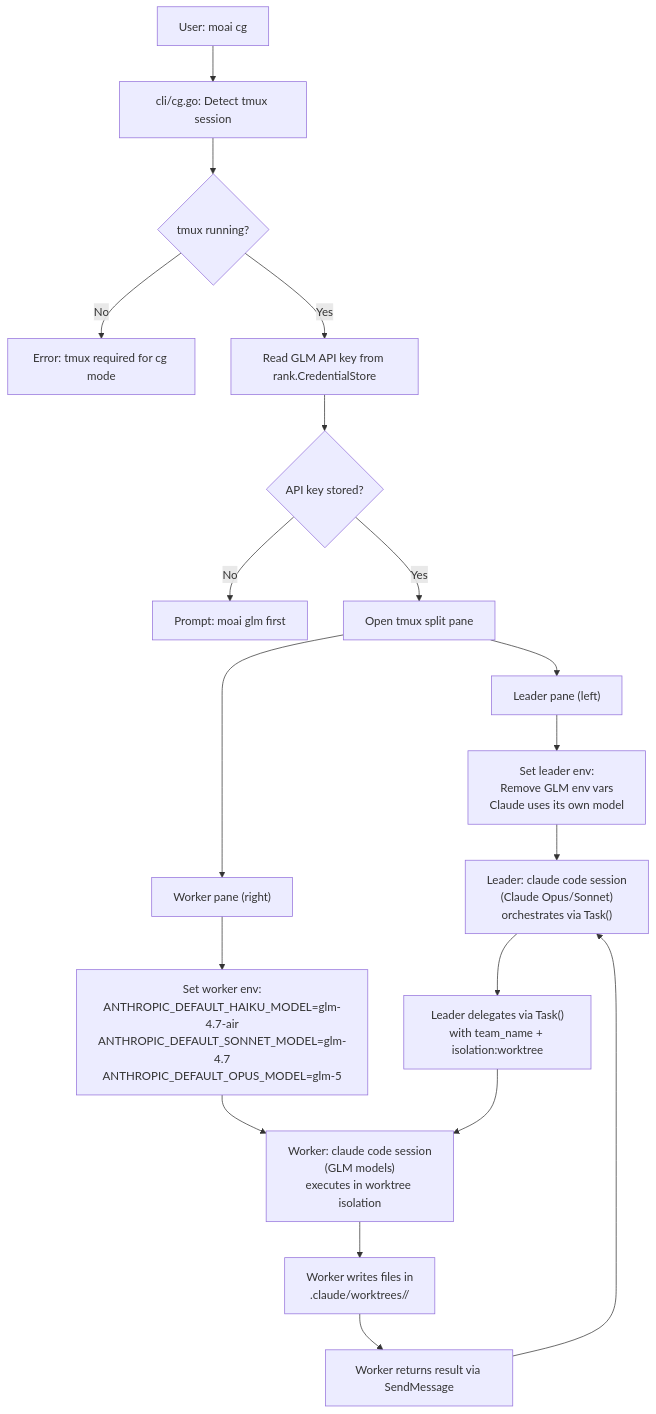
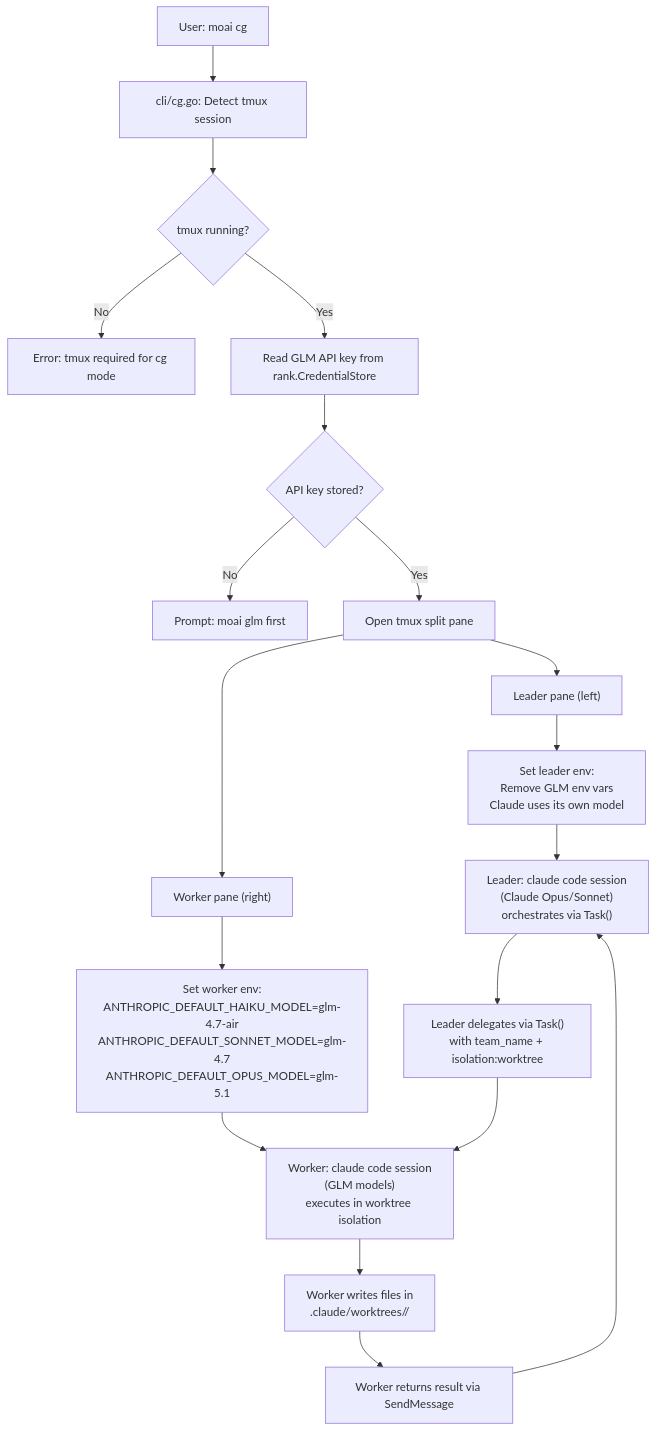
Before and after one commit to modu-ai/moai-adk: the fifth of 6 diagrams in .moai/project/codemaps/data-flow.md, drawn with Mermaid. The commit also changed other lines of this file and 16 other files, not shown here.

First line of the commit message:
feat(config): GLM 기본 Opus 모델을 glm-5에서 glm-5.1로 업그레이드

````diff
--- a/.moai/project/codemaps/data-flow.md
+++ b/.moai/project/codemaps/data-flow.md
@@ -196,25 +196,25 @@
 ```mermaid
 flowchart TD
     A["User: moai cg"] --> B["cli/cg.go: Detect tmux session"]
     B --> C{"tmux running?"}
     C -- No --> D["Error: tmux required for cg mode"]
     C -- Yes --> E["Read GLM API key from rank.CredentialStore"]
     E --> F{"API key stored?"}
     F -- No --> G["Prompt: moai glm <api-key> first"]
     F -- Yes --> H["Open tmux split pane"]
 
     H --> I["Leader pane (left)"]
     H --> J["Worker pane (right)"]
 
     I --> K["Set leader env:\nRemove GLM env vars\nClaude uses its own model"]
-    J --> L["Set worker env:\nANTHROPIC_DEFAULT_HAIKU_MODEL=glm-4.7-air\nANTHROPIC_DEFAULT_SONNET_MODEL=glm-4.7\nANTHROPIC_DEFAULT_OPUS_MODEL=glm-5"]
+    J --> L["Set worker env:\nANTHROPIC_DEFAULT_HAIKU_MODEL=glm-4.7-air\nANTHROPIC_DEFAULT_SONNET_MODEL=glm-4.7\nANTHROPIC_DEFAULT_OPUS_MODEL=glm-5.1"]
 
     K --> M["Leader: claude code session\n(Claude Opus/Sonnet)\norchestrates via Task()"]
     L --> N["Worker: claude code session\n(GLM models)\nexecutes in worktree isolation"]
 
     M --> O["Leader delegates via Task()\nwith team_name + isolation:worktree"]
     O --> N
     N --> P["Worker writes files in\n.claude/worktrees/<name>/"]
     P --> Q["Worker returns result via SendMessage"]
     Q --> M
 ```
````
